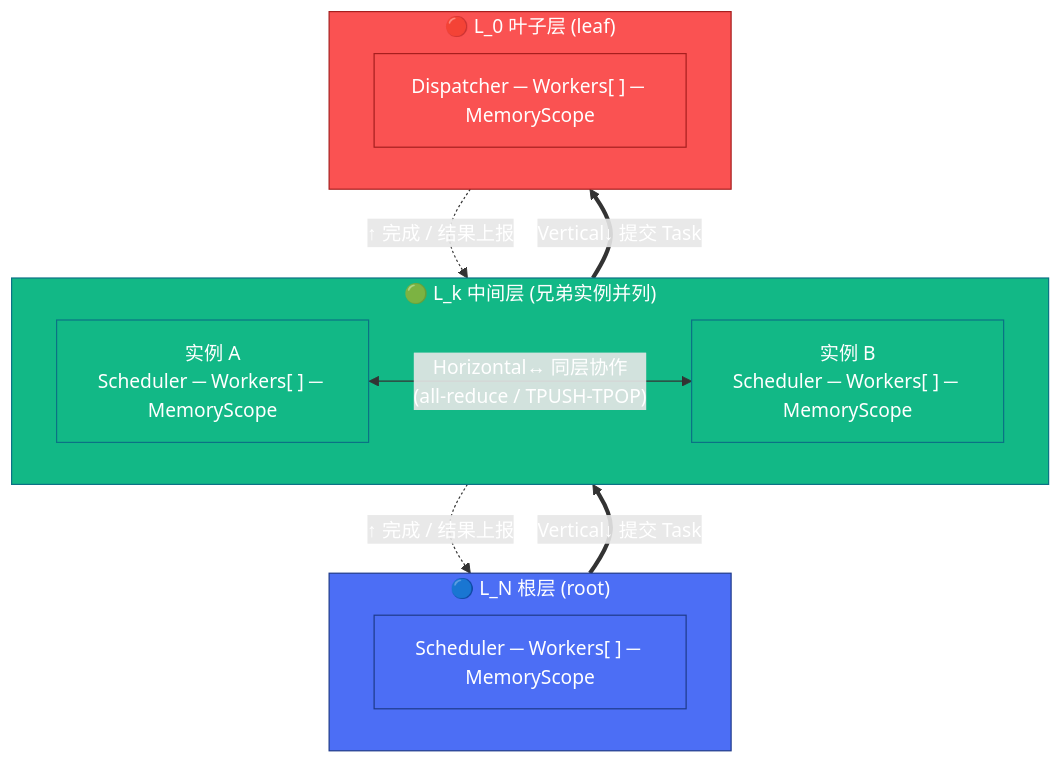
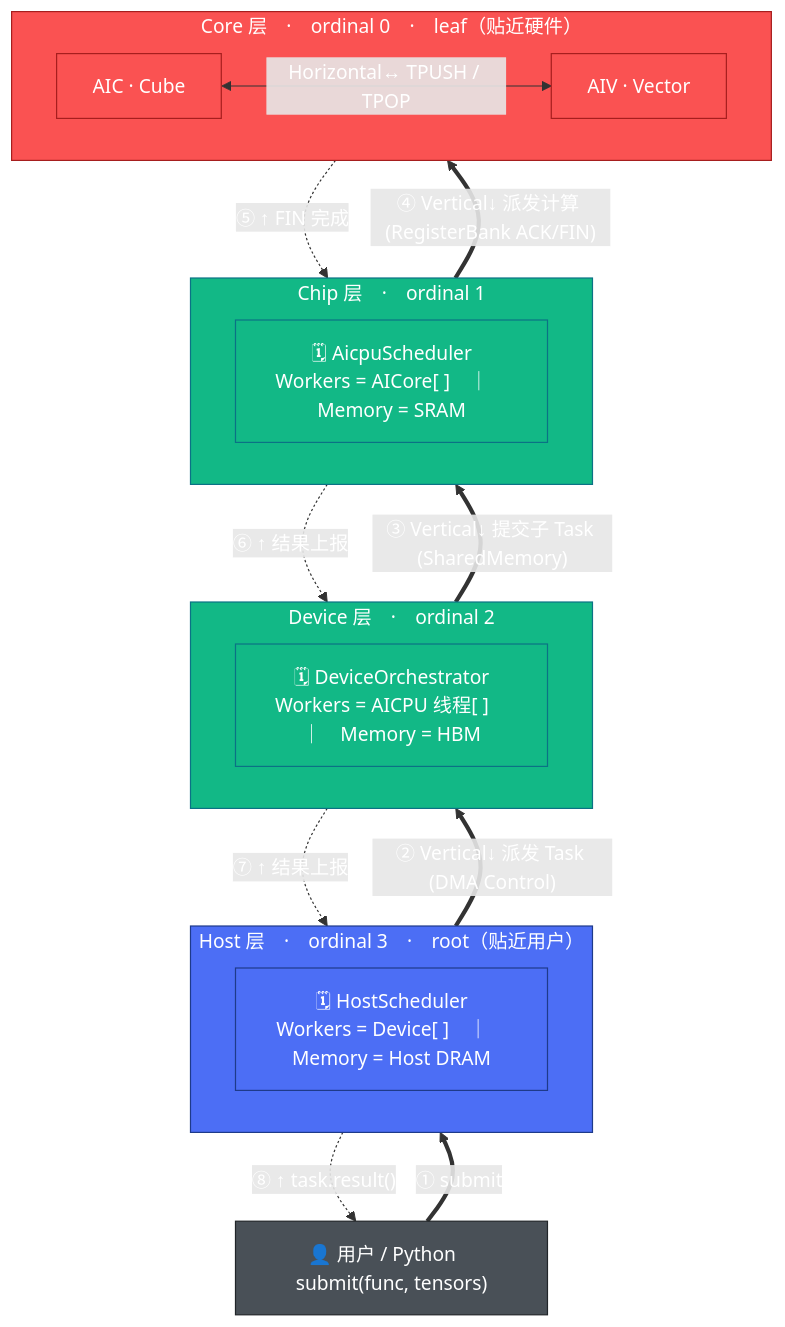
Before and after one commit to csy0225/pypto-project: the second of 5 diagrams in notes/02-logical-view.md, drawn with Mermaid. The commit also changed other lines of this file, not shown here.

First line of the commit message:
docs(notes): 重画逻辑视图层次图——真实 ordinal/硬件名/通道载体 + 编号流动 + 多机 Pod 水平方向

````diff
--- a/notes/02-logical-view.md
+++ b/notes/02-logical-view.md
@@ -117,27 +127,39 @@
 ```mermaid
 flowchart TB
-    subgraph rootL["🔵 L_N 根层 (root)"]
-        RN["Scheduler ─ Workers[ ] ─ MemoryScope"]
+    User["👤 用户 / Python　submit(func, tensors)"]
+
+    subgraph L3["Host 层　·　ordinal 3　·　root（贴近用户）"]
+        H["🗓 HostScheduler<br/>Workers = Device[ ]　｜　Memory = Host DRAM"]
     end
-    subgraph midL["🟢 L_k 中间层 (兄弟实例并列)"]
+    subgraph L2["Device 层　·　ordinal 2"]
+        D["🗓 DeviceOrchestrator<br/>Workers = AICPU 线程[ ]　｜　Memory = HBM"]
+    end
+    subgraph L1["Chip 层　·　ordinal 1"]
+        C["🗓 AicpuScheduler<br/>Workers = AICore[ ]　｜　Memory = SRAM"]
+    end
+    subgraph L0["Core 层　·　ordinal 0　·　leaf（贴近硬件）"]
         direction LR
-        MKa["实例 A<br/>Scheduler ─ Workers[ ] ─ MemoryScope"]
-        MKb["实例 B<br/>Scheduler ─ Workers[ ] ─ MemoryScope"]
-        MKa <-->|"Horizontal↔ 同层协作<br/>(all-reduce / TPUSH-TPOP)"| MKb
-    end
-    subgraph leafL["🔴 L_0 叶子层 (leaf)"]
-        L0N["Dispatcher ─ Workers[ ] ─ MemoryScope"]
+        AIC["AIC · Cube"]
+        AIV["AIV · Vector"]
+        AIC <-->|"Horizontal↔ TPUSH / TPOP"| AIV
     end
 
-    rootL ==>|"Vertical↓ 提交 Task"| midL
-    midL ==>|"Vertical↓ 提交 Task"| leafL
-    leafL -.->|"↑ 完成 / 结果上报"| midL
-    midL -.->|"↑ 完成 / 结果上报"| rootL
+    User ==>|"① submit"| L3
+    L3 ==>|"② Vertical↓ 派发 Task (DMA Control)"| L2
+    L2 ==>|"③ Vertical↓ 提交子 Task (SharedMemory)"| L1
+    L1 ==>|"④ Vertical↓ 派发计算 (RegisterBank ACK/FIN)"| L0
+    L0 -.->|"⑤ ↑ FIN 完成"| L1
+    L1 -.->|"⑥ ↑ 结果上报"| L2
+    L2 -.->|"⑦ ↑ 结果上报"| L3
+    L3 -.->|"⑧ ↑ task.result()"| User
 
+    classDef userc fill:#495057,stroke:#212529,color:#fff;
     classDef root fill:#4C6EF5,stroke:#1E3A8A,color:#fff;
     classDef mid fill:#12B886,stroke:#0B7285,color:#fff;
     classDef leaf fill:#FA5252,stroke:#A61E1E,color:#fff;
-    class rootL,RN root;
-    class midL,MKa,MKb mid;
-    class leafL,L0N leaf;
+    class User userc;
+    class L3,H root;
+    class L2,D mid;
+    class L1,C mid;
+    class L0,AIC,AIV leaf;
 ```
````
